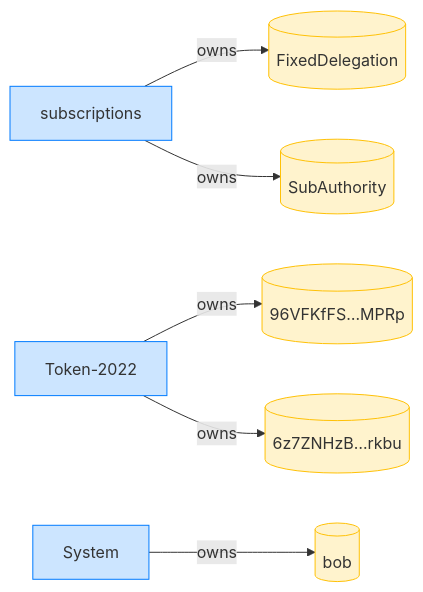
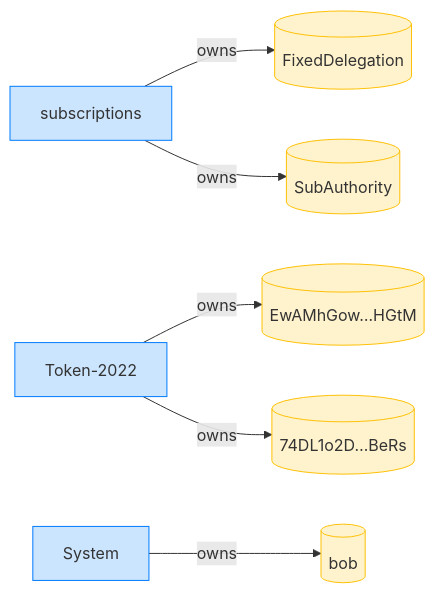
One commit to cds-rs/subscriptions changed diagram 12 of 12 in dsl_tests/fixed-transfer-over-a-token-2022-confidential-transfer-mint.md. Above: the diagram before and after it, drawn with Mermaid. The commit also changed other lines of this file and 224 other files, not shown here.

````diff
--- a/dsl_tests/fixed-transfer-over-a-token-2022-confidential-transfer-mint.md
+++ b/dsl_tests/fixed-transfer-over-a-token-2022-confidential-transfer-mint.md
@@ -230,18 +244,18 @@
 ```mermaid
 flowchart LR
     classDef owner fill:#cce5ff,stroke:#007bff;
     classDef account fill:#fff3cd,stroke:#ffc107;
     subscriptions[subscriptions]:::owner
     FixedDelegation[(FixedDelegation)]:::account
     SubAuthority[(SubAuthority)]:::account
     Token_2022["Token-2022"]:::owner
-    96VFKfFS_MPRp[("96VFKfFS…MPRp")]:::account
-    6z7ZNHzB_rkbu[("6z7ZNHzB…rkbu")]:::account
+    EwAMhGow_HGtM[("EwAMhGow…HGtM")]:::account
+    74DL1o2D_BeRs[("74DL1o2D…BeRs")]:::account
     System[System]:::owner
     bob[(bob)]:::account
     subscriptions -->|owns| FixedDelegation
     subscriptions -->|owns| SubAuthority
-    Token_2022 -->|owns| 96VFKfFS_MPRp
-    Token_2022 -->|owns| 6z7ZNHzB_rkbu
+    Token_2022 -->|owns| EwAMhGow_HGtM
+    Token_2022 -->|owns| 74DL1o2D_BeRs
     System -->|owns| bob
 ```
````
